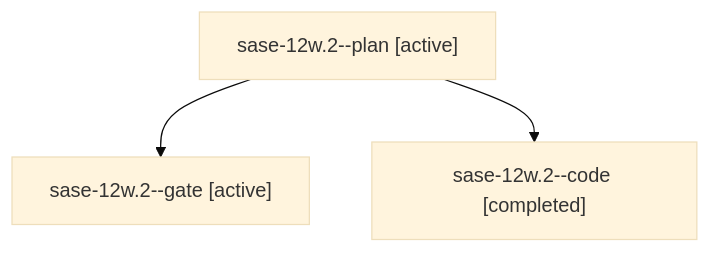
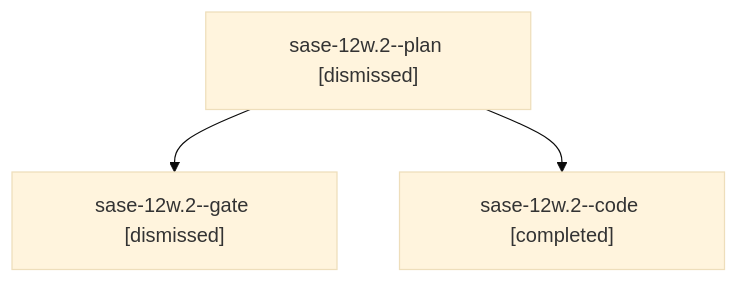
One commit to sase-org/sase--agents changed the diagram in sessions/bbugyi200.athena.sase-12w.2.md. Above: the diagram before and after it, drawn with Mermaid (base theme). The commit also changed other lines of this file and 219 other files, not shown here.

````diff
--- a/sessions/bbugyi200.athena.sase-12w.2.md
+++ b/sessions/bbugyi200.athena.sase-12w.2.md
@@ -9,8 +9,8 @@
 ```mermaid
 flowchart TD
-  n0["sase-12w.2--plan [active]"]
-  n1["sase-12w.2--gate [active]"]
+  n0["sase-12w.2--plan [dismissed]"]
+  n1["sase-12w.2--gate [dismissed]"]
   n0 --> n1
   n2["sase-12w.2--code [completed]"]
   n0 --> n2
 ```
````
